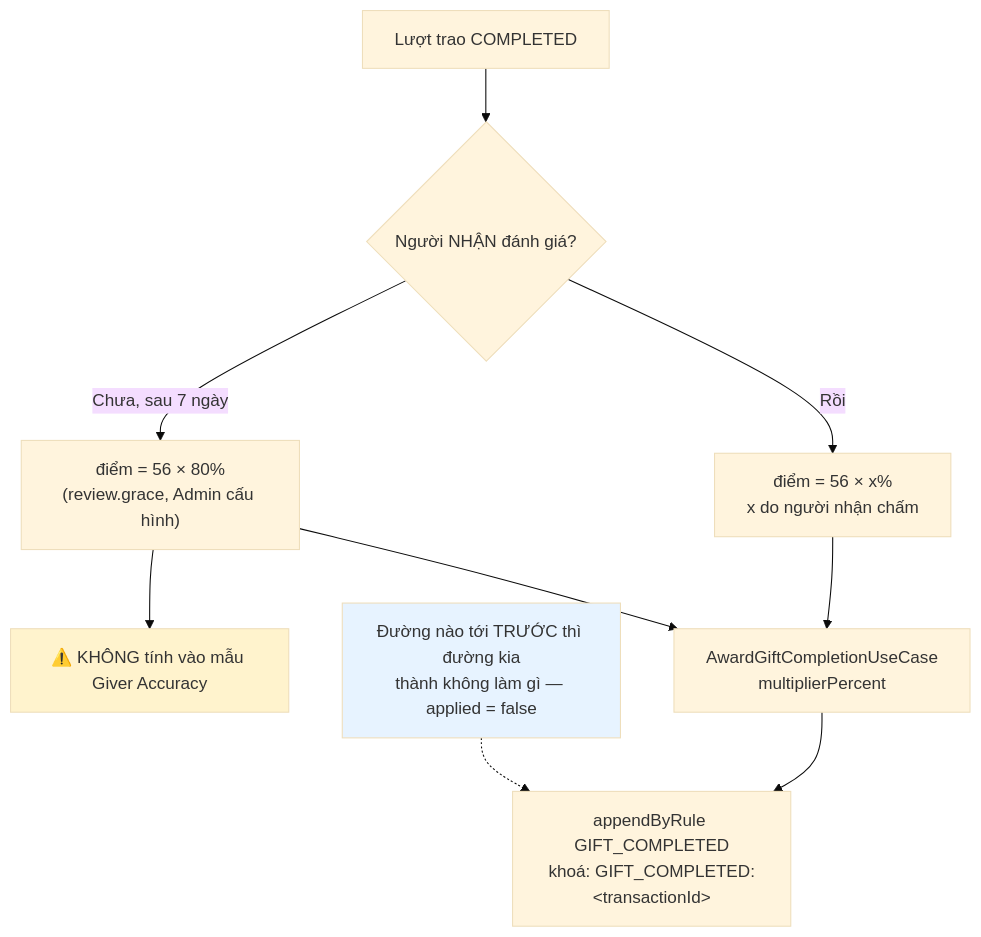
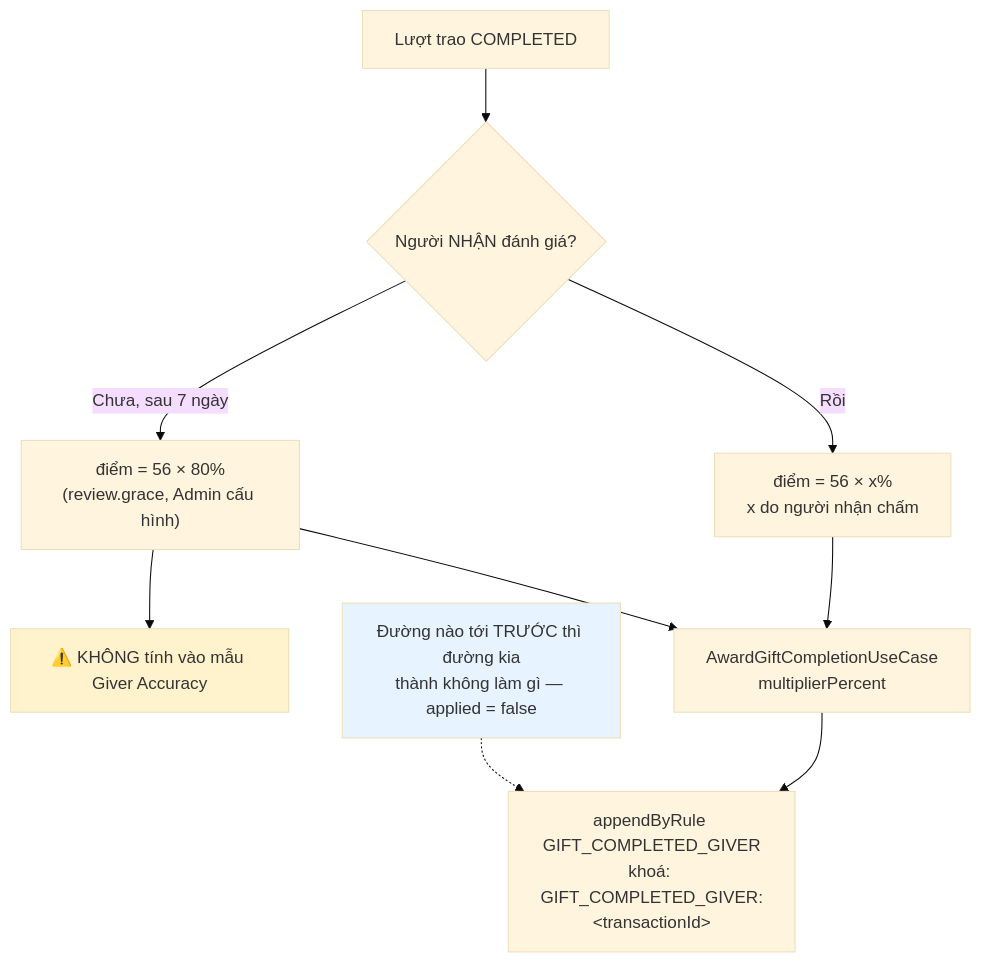
The fourth of 7 diagrams in docs/diagram/11-point.md (fdshn/trueheart), drawn with Mermaid (base theme) before and after one commit. The commit also changed other lines of this file and 28 other files, not shown here.

````diff
--- a/docs/diagram/11-point.md
+++ b/docs/diagram/11-point.md
@@ -94,16 +101,16 @@
 ```mermaid
 flowchart TD
     A[Lượt trao COMPLETED] --> B{Người NHẬN đánh giá?}
     B -->|Rồi| C["điểm = 56 × x%<br/>x do người nhận chấm"]
     B -->|Chưa, sau 7 ngày| F["điểm = 56 × 80%<br/>(review.grace, Admin cấu hình)"]
     F --> G["⚠️ KHÔNG tính vào mẫu Giver Accuracy"]
 
     C --> H["AwardGiftCompletionUseCase<br/>multiplierPercent"]
     F --> H
-    H --> I["appendByRule GIFT_COMPLETED<br/>khoá: GIFT_COMPLETED:&lt;transactionId&gt;"]
+    H --> I["appendByRule GIFT_COMPLETED_GIVER<br/>khoá: GIFT_COMPLETED_GIVER:&lt;transactionId&gt;"]
 
     J["Đường nào tới TRƯỚC thì đường kia<br/>thành không làm gì — applied = false"] -.-> I
 
     style G fill:#fff3cd
     style J fill:#e7f3ff
 ```
````
